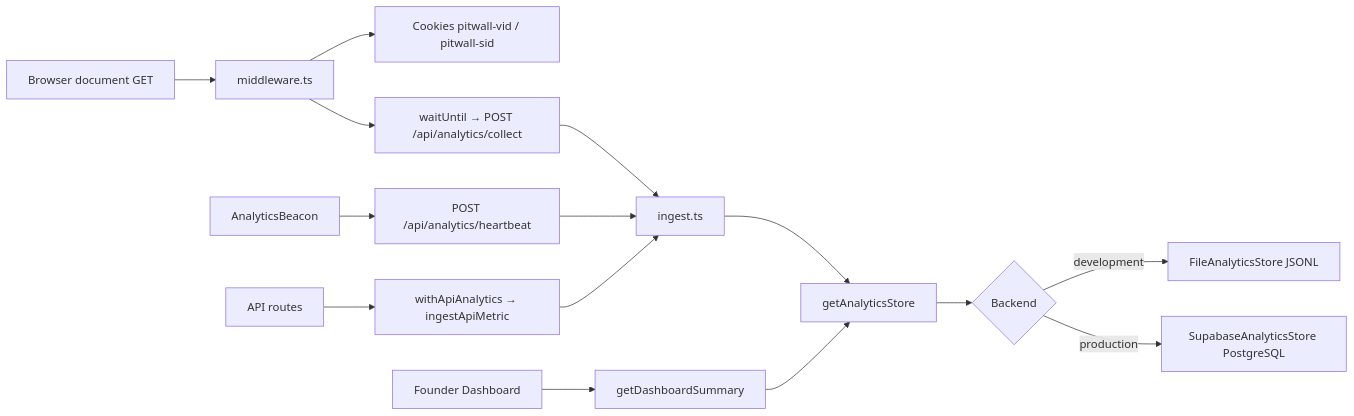
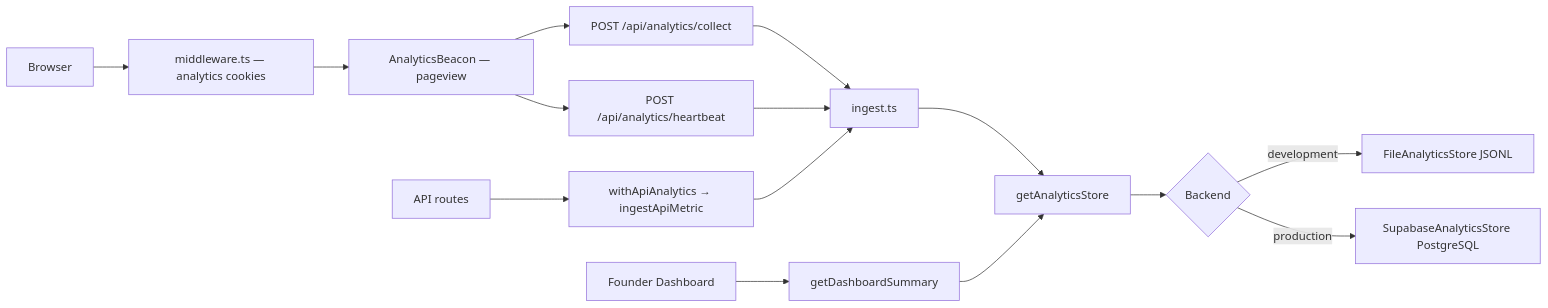
Before and after one commit to RanjithThavamaniraj/pit-wall: the diagram in docs/analytics-architecture.md, drawn with Mermaid. The commit also changed other lines of this file and 5 other files, not shown here.

First line of the commit message:
Move pageview tracking from middleware to AnalyticsBeacon.

````diff
--- a/docs/analytics-architecture.md
+++ b/docs/analytics-architecture.md
@@ -7,17 +7,17 @@
 ```mermaid
 flowchart LR
-  A[Browser document GET] --> B[middleware.ts]
-  B --> C[Cookies pitwall-vid / pitwall-sid]
-  B --> D["waitUntil → POST /api/analytics/collect"]
-  E[AnalyticsBeacon] --> F[POST /api/analytics/heartbeat]
+  A[Browser] --> B[middleware.ts — analytics cookies]
+  B --> C[AnalyticsBeacon — pageview]
+  C --> D["POST /api/analytics/collect"]
+  C --> F[POST /api/analytics/heartbeat]
   G[API routes] --> H[withApiAnalytics → ingestApiMetric]
   D --> I[ingest.ts]
   F --> I
   H --> I
   I --> J[getAnalyticsStore]
   J --> K{Backend}
   K -->|development| L[FileAnalyticsStore JSONL]
   K -->|production| M[SupabaseAnalyticsStore PostgreSQL]
   N[Founder Dashboard] --> O[getDashboardSummary]
   O --> J
 ```
````
